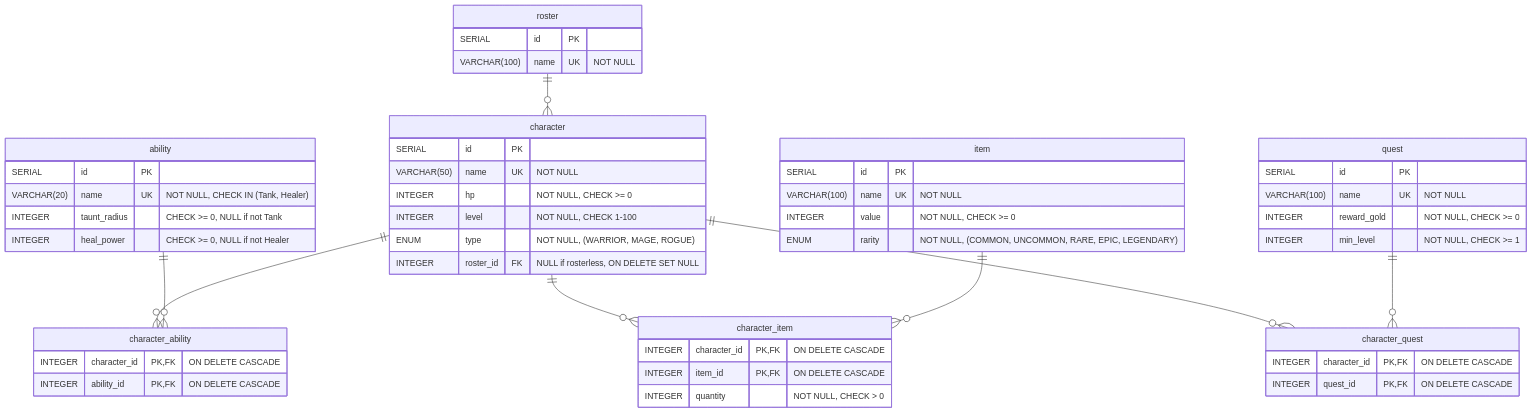
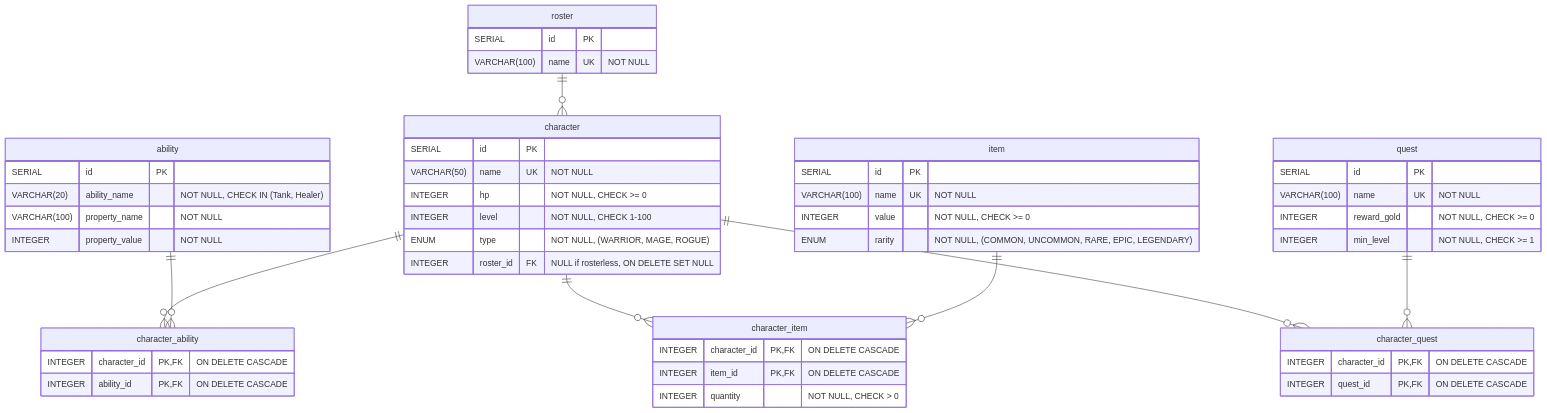
The diagram in static/design/column_plan.mmd (CPP50-1/groupe2-sql-guild_roster), drawn with Mermaid before and after one commit. The commit also changed 1 other file, not shown here.

Commit message:
improvement: use of generaic name/value for abilities.

```diff
--- a/static/design/column_plan.mmd
+++ b/static/design/column_plan.mmd
@@ -1,59 +1,59 @@
 erDiagram
     roster {
         SERIAL id PK
         VARCHAR(100) name UK "NOT NULL"
     }
 
     character {
         SERIAL id PK
         VARCHAR(50) name UK "NOT NULL"
         INTEGER hp "NOT NULL, CHECK >= 0"
         INTEGER level "NOT NULL, CHECK 1-100"
         ENUM type "NOT NULL, (WARRIOR, MAGE, ROGUE)"
         INTEGER roster_id FK "NULL if rosterless, ON DELETE SET NULL"
     }
 
     ability {
         SERIAL id PK
-        VARCHAR(20) name UK "NOT NULL, CHECK IN (Tank, Healer)"
-        INTEGER taunt_radius "CHECK >= 0, NULL if not Tank"
-        INTEGER heal_power "CHECK >= 0, NULL if not Healer"
+        VARCHAR(20) ability_name "NOT NULL, CHECK IN (Tank, Healer)"
+        VARCHAR(100) property_name "NOT NULL"
+        INTEGER property_value "NOT NULL"
     }
 
     character_ability {
         INTEGER character_id PK, FK "ON DELETE CASCADE"
         INTEGER ability_id PK, FK "ON DELETE CASCADE"
     }
 
     item {
         SERIAL id PK
         VARCHAR(100) name UK "NOT NULL"
         INTEGER value "NOT NULL, CHECK >= 0"
         ENUM rarity "NOT NULL, (COMMON, UNCOMMON, RARE, EPIC, LEGENDARY)"
     }
 
     character_item {
         INTEGER character_id PK, FK "ON DELETE CASCADE"
         INTEGER item_id PK, FK "ON DELETE CASCADE"
         INTEGER quantity "NOT NULL, CHECK > 0"
     }
 
     quest {
         SERIAL id PK
         VARCHAR(100) name UK "NOT NULL"
         INTEGER reward_gold "NOT NULL, CHECK >= 0"
         INTEGER min_level "NOT NULL, CHECK >= 1"
     }
 
     character_quest {
         INTEGER character_id PK, FK "ON DELETE CASCADE"
         INTEGER quest_id PK, FK "ON DELETE CASCADE"
     }
 
     character ||--o{ character_ability : ""
     ability ||--o{ character_ability : ""
     character ||--o{ character_item : ""
     item ||--o{ character_item : ""
     character ||--o{ character_quest : ""
     quest ||--o{ character_quest : ""
     roster ||--o{ character : ""
```
